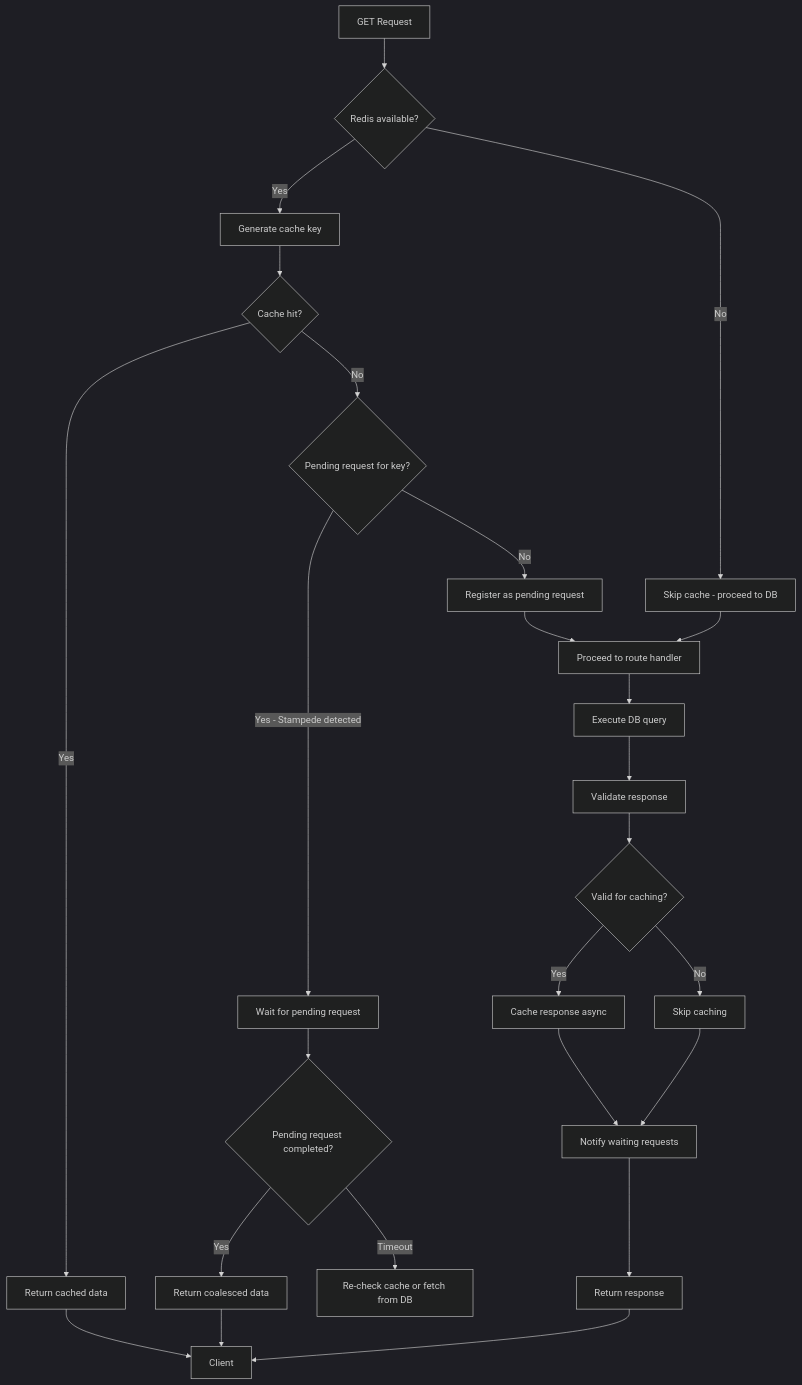
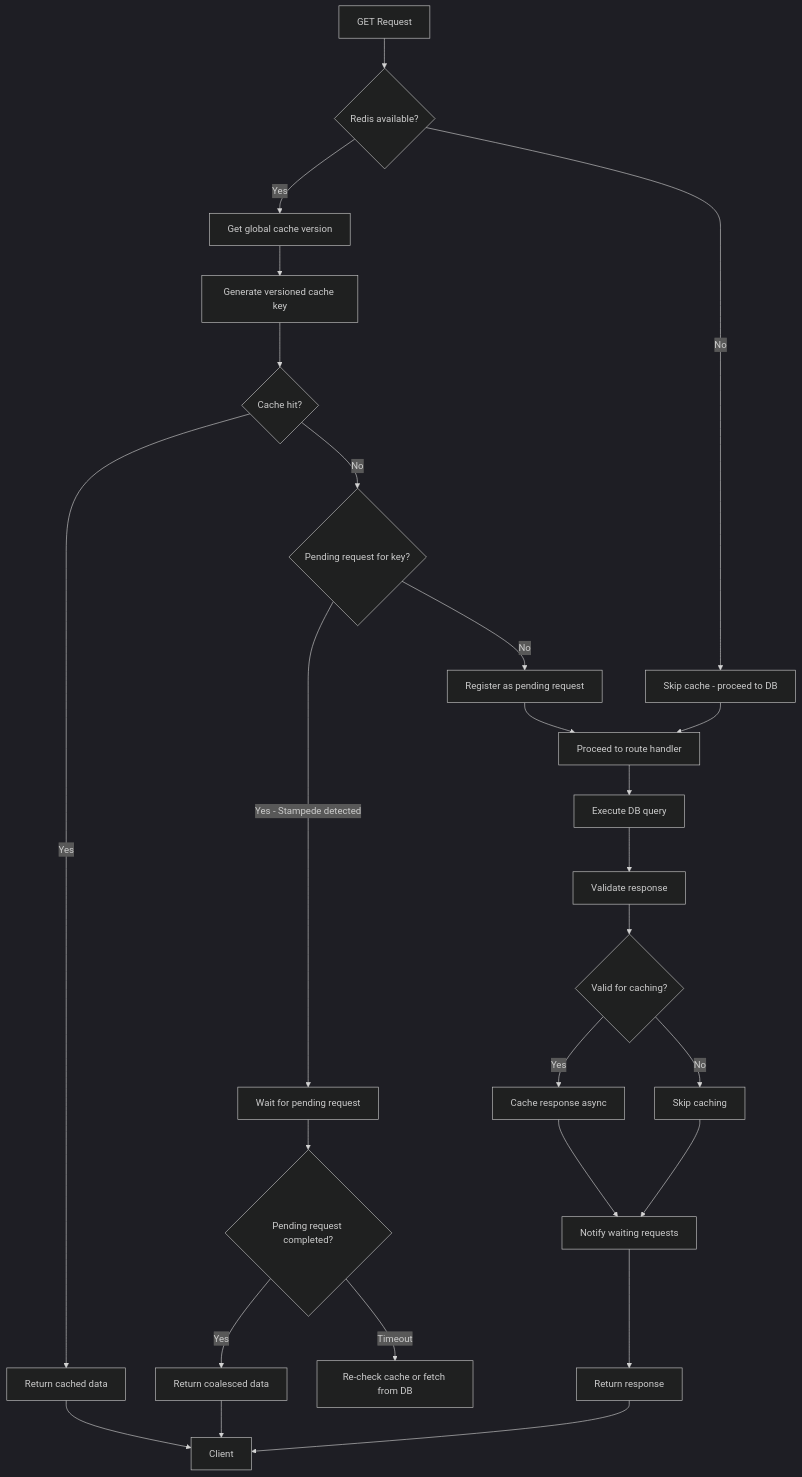
Before and after one commit to konarsubhojit/myapp: the third of 3 diagrams in docs/backend.md, drawn with Mermaid (dark theme). The commit also changed other lines of this file, not shown here.

Commit message:
Update backend documentation for versioned cache keys implementation

````diff
--- a/docs/backend.md
+++ b/docs/backend.md
@@ -158,30 +158,31 @@
 ```mermaid
 flowchart TD
     A[GET Request] --> B{Redis available?}
     B -->|No| Z[Skip cache - proceed to DB]
-    B -->|Yes| C[Generate cache key]
-    C --> D{Cache hit?}
-    D -->|Yes| E[Return cached data]
-    D -->|No| F{Pending request for key?}
+    B -->|Yes| C[Get global cache version]
+    C --> D[Generate versioned cache key]
+    D --> E{Cache hit?}
+    E -->|Yes| F[Return cached data]
+    E -->|No| G{Pending request for key?}
     
-    F -->|Yes - Stampede detected| G[Wait for pending request]
-    G --> H{Pending request completed?}
-    H -->|Yes| I[Return coalesced data]
-    H -->|Timeout| J[Re-check cache or fetch from DB]
+    G -->|Yes - Stampede detected| H[Wait for pending request]
+    H --> I{Pending request completed?}
+    I -->|Yes| J[Return coalesced data]
+    I -->|Timeout| K[Re-check cache or fetch from DB]
     
-    F -->|No| K[Register as pending request]
-    K --> L[Proceed to route handler]
-    L --> M[Execute DB query]
-    M --> N[Validate response]
-    N --> O{Valid for caching?}
-    O -->|Yes| P[Cache response async]
-    O -->|No| Q[Skip caching]
-    P --> R[Notify waiting requests]
-    Q --> R
-    R --> S[Return response]
+    G -->|No| L[Register as pending request]
+    L --> M[Proceed to route handler]
+    M --> N[Execute DB query]
+    N --> O[Validate response]
+    O --> P{Valid for caching?}
+    P -->|Yes| Q[Cache response async]
+    P -->|No| R[Skip caching]
+    Q --> S[Notify waiting requests]
+    R --> S
+    S --> T[Return response]
     
-    Z --> L
-    E --> T[Client]
-    I --> T
-    S --> T
+    Z --> M
+    F --> U[Client]
+    J --> U
+    T --> U
 ```
````
